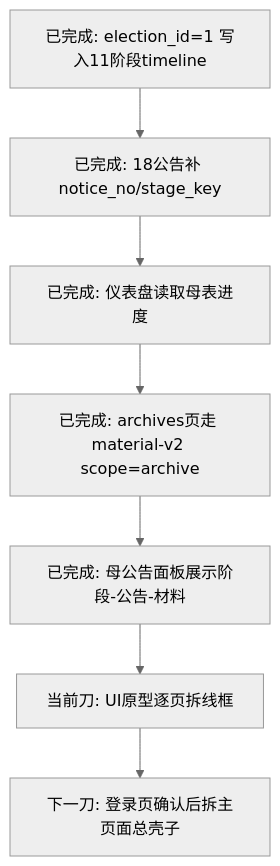
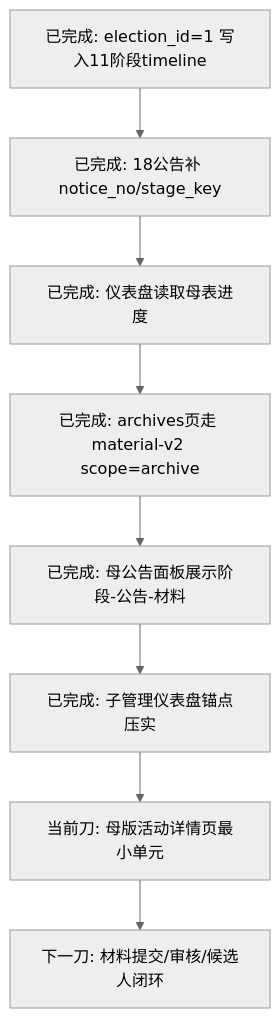
Before and after one commit to 4xiaxia/election-v2: the third of 4 diagrams in 副船长的航海接力日志/当前接力图.md, drawn with Mermaid (neutral theme). The commit also changed other lines of this file and 6 other files, not shown here.

````diff
--- a/副船长的航海接力日志/当前接力图.md
+++ b/副船长的航海接力日志/当前接力图.md
@@ -39,9 +39,10 @@
 ```mermaid
 flowchart TD
     A[已完成: election_id=1 写入11阶段timeline] --> B[已完成: 18公告补 notice_no/stage_key]
     B --> C[已完成: 仪表盘读取母表进度]
     C --> D[已完成: archives页走 material-v2 scope=archive]
     D --> E[已完成: 母公告面板展示阶段-公告-材料]
-    E --> F[当前刀: UI原型逐页拆线框]
-    F --> G[下一刀: 登录页确认后拆主页面总壳子]
+    E --> F[已完成: 子管理仪表盘锚点压实]
+    F --> G[当前刀: 母版活动详情页最小单元]
+    G --> H[下一刀: 材料提交/审核/候选人闭环]
 ```
````
